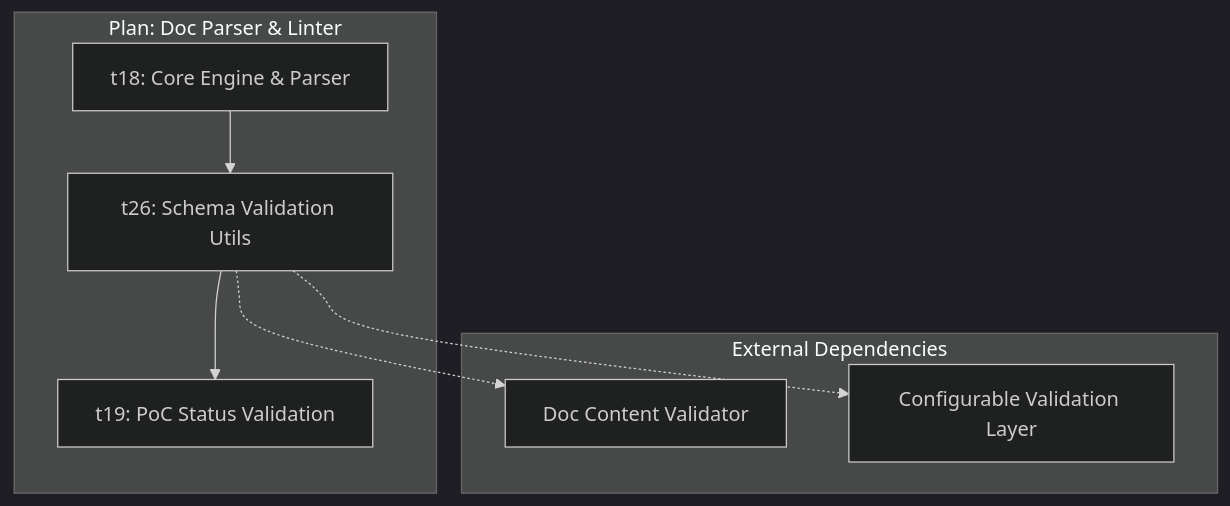
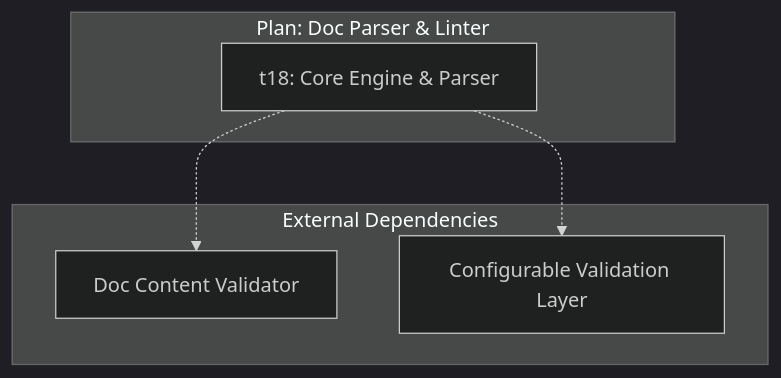
The third of 7 diagrams in docs/requirements/p1.p5-doc-parser.plan.md (livelifelively/documentation-driven-development-tools), drawn with Mermaid (dark theme) before and after one commit. The commit also changed other lines of this file and 9 other files, not shown here.

````diff
--- a/docs/requirements/p1.p5-doc-parser.plan.md
+++ b/docs/requirements/p1.p5-doc-parser.plan.md
@@ -172,19 +168,15 @@
 ```mermaid
 graph TD
     subgraph "Plan: Doc Parser & Linter"
         t18["t18: Core Engine & Parser"]
-        t26["t26: Schema Validation Utils"]
-        t19["t19: PoC Status Validation"]
     end
 
     subgraph "External Dependencies"
         p6["Doc Content Validator"]
         p8["Configurable Validation Layer"]
     end
 
-    t18 --> t26
-    t26 --> t19
-    t26 -.-> p6
-    t26 -.-> p8
+    t18 -.-> p6
+    t18 -.-> p8
 
 ```
````
